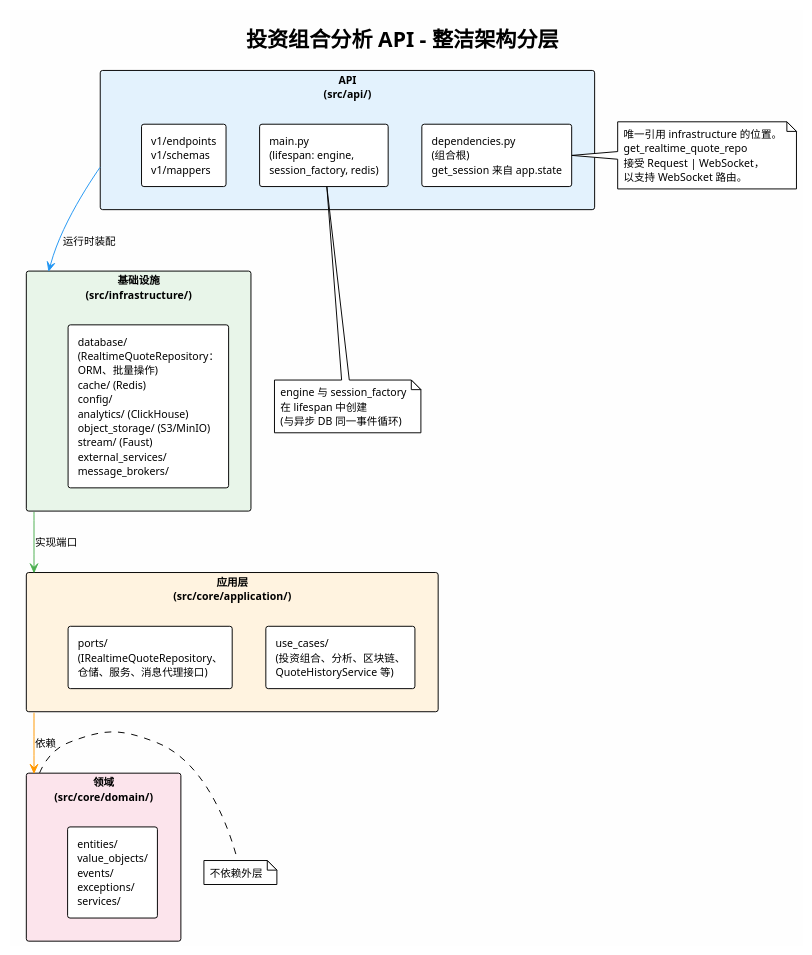
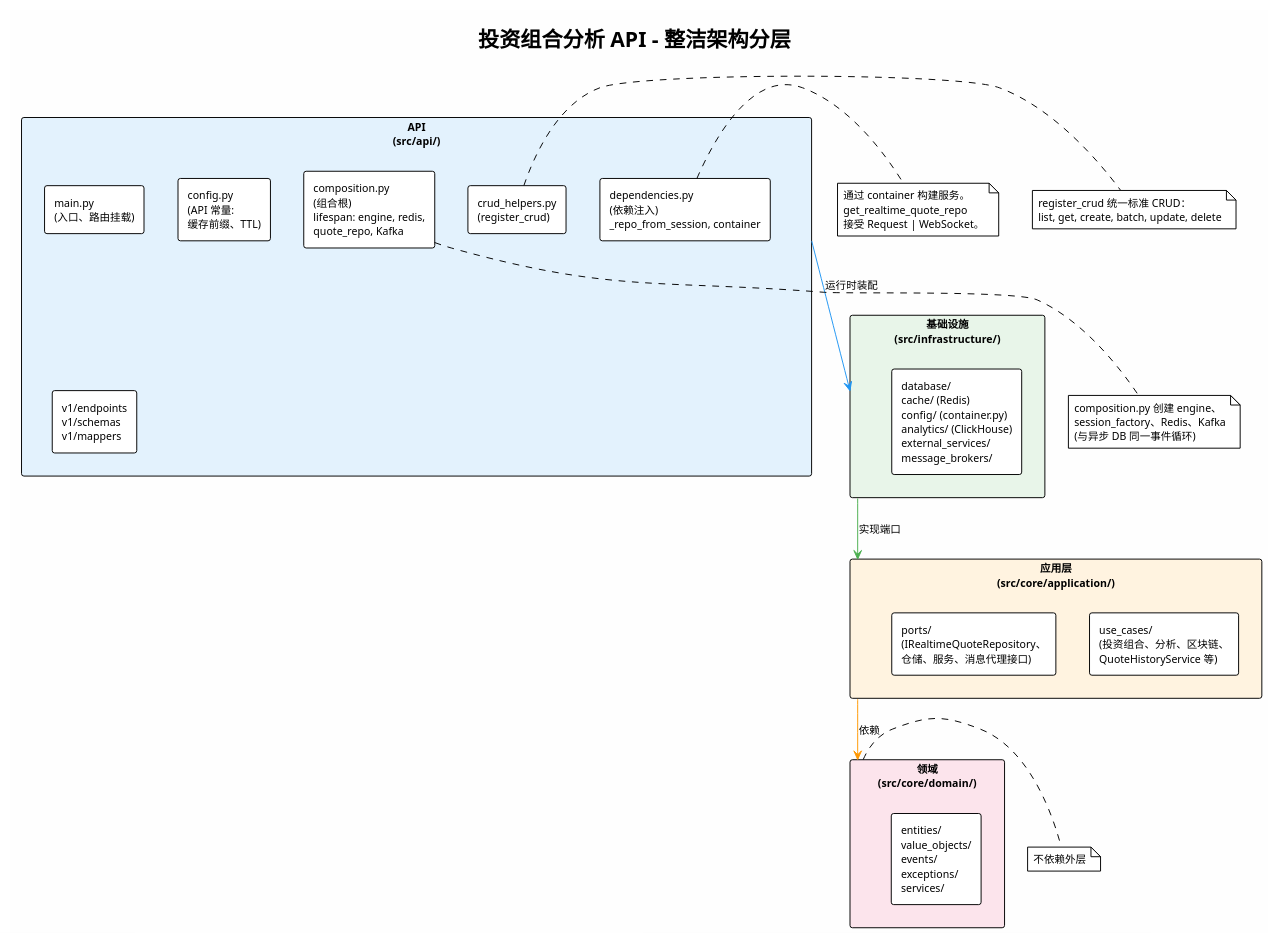
One commit to felixzhu97/finpulse changed the diagram in docs/zh/c4/clean-architecture-portfolio-api.puml. Above: the diagram before and after it, drawn with PlantUML. The commit also changed 106 other files, not shown here.

First line of the commit message:
feat: Enhance mobile portfolio app with UI improvements and architecture updates

```diff
--- a/docs/zh/c4/clean-architecture-portfolio-api.puml
+++ b/docs/zh/c4/clean-architecture-portfolio-api.puml
@@ -1,48 +1,55 @@
 @startuml clean-architecture-portfolio-api-zh
 !theme plain
 skinparam backgroundColor #FEFEFE
 skinparam defaultFontSize 11
 
 title 投资组合分析 API - 整洁架构分层
 
 rectangle "**API**\n(src/api/)" as API #E3F2FD {
-  rectangle "main.py\n(lifespan: engine,\nsession_factory, redis)" as LIFESPAN
-  rectangle "dependencies.py\n(组合根)\nget_session 来自 app.state" as DI
+  rectangle "main.py\n(入口、路由挂载)" as MAIN
+  rectangle "composition.py\n(组合根)\nlifespan: engine, redis,\nquote_repo, Kafka" as LIFESPAN
+  rectangle "config.py\n(API 常量:\n缓存前缀、TTL)" as CFG
+  rectangle "dependencies.py\n(依赖注入)\n_repo_from_session, container" as DI
+  rectangle "crud_helpers.py\n(register_crud)" as CRUD
   rectangle "v1/endpoints\nv1/schemas\nv1/mappers" as WEB
 }
 
 rectangle "**基础设施**\n(src/infrastructure/)" as INFRA #E8F5E9 {
-  rectangle "database/\n(RealtimeQuoteRepository：\nORM、批量操作)\ncache/ (Redis)\nconfig/\nanalytics/ (ClickHouse)\nobject_storage/ (S3/MinIO)\nstream/ (Faust)\nexternal_services/\nmessage_brokers/" as INFRA_IMPL
+  rectangle "database/\ncache/ (Redis)\nconfig/ (container.py)\nanalytics/ (ClickHouse)\nexternal_services/\nmessage_brokers/" as INFRA_IMPL
 }
 
 rectangle "**应用层**\n(src/core/application/)" as APP #FFF3E0 {
   rectangle "use_cases/\n(投资组合、分析、区块链、\nQuoteHistoryService 等)" as UC
   rectangle "ports/\n(IRealtimeQuoteRepository、\n仓储、服务、消息代理接口)" as PORTS
 }
 
 rectangle "**领域**\n(src/core/domain/)" as DOMAIN #FCE4EC {
   rectangle "entities/\nvalue_objects/\nevents/\nexceptions/\nservices/" as DOMAIN_IMPL
 }
 
 API -[#2196F3]-> INFRA : 运行时装配
 INFRA -[#4CAF50]-> APP : 实现端口
 APP -[#FF9800]-> DOMAIN : 依赖
 
 note right of DOMAIN
   不依赖外层
 end note
 
 note right of DI
-  唯一引用 infrastructure 的位置。
+  通过 container 构建服务。
   get_realtime_quote_repo
-  接受 Request | WebSocket，
-  以支持 WebSocket 路由。
+  接受 Request | WebSocket。
+end note
+
+note right of CRUD
+  register_crud 统一标准 CRUD：
+  list, get, create, batch, update, delete
 end note
 
 note bottom of LIFESPAN
-  engine 与 session_factory
-  在 lifespan 中创建
+  composition.py 创建 engine、
+  session_factory、Redis、Kafka
   (与异步 DB 同一事件循环)
 end note
 
 @enduml
```
